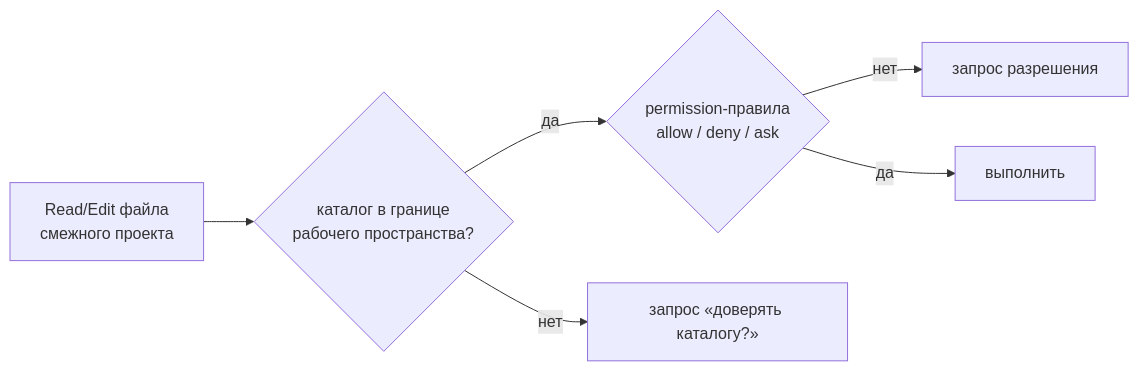
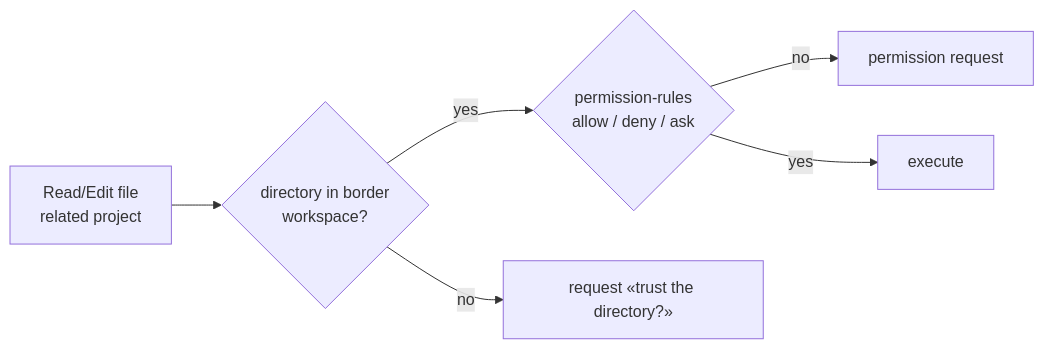
The diagram in packages/maind/docs/guide/workspace.md (academici/swissknifeman), drawn with Mermaid before and after one commit. The commit also changed other lines of this file and 1553 other files, not shown here.

````diff
--- a/packages/maind/docs/guide/workspace.md
+++ b/packages/maind/docs/guide/workspace.md
@@ -11,14 +11,14 @@
 ```mermaid
 flowchart LR
-  T["Read/Edit файла<br/>смежного проекта"]
-  B{"каталог в границе<br/>рабочего пространства?"}
-  P{"permission-правила<br/>allow / deny / ask"}
-  OK["выполнить"]
-  ASK1["запрос «доверять каталогу?»"]
-  ASK2["запрос разрешения"]
+  T["Read/Edit file<br/>related project"]
+  B{"directory in border<br/>workspace?"}
+  P{"permission-rules<br/>allow / deny / ask"}
+  OK["execute"]
+  ASK1["request «trust the directory?»"]
+  ASK2["permission request"]
   T --> B
-  B -- нет --> ASK1
-  B -- да --> P
-  P -- нет --> ASK2
-  P -- да --> OK
+  B -- no --> ASK1
+  B -- yes --> P
+  P -- no --> ASK2
+  P -- yes --> OK
 ```
````
